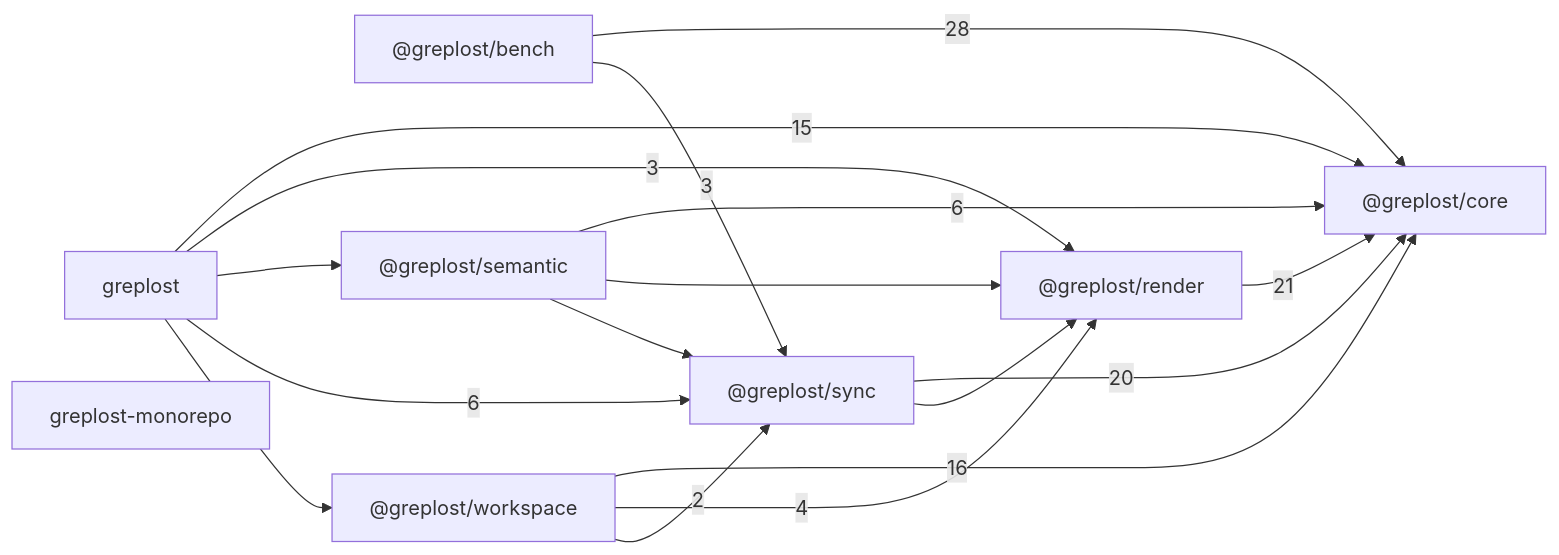
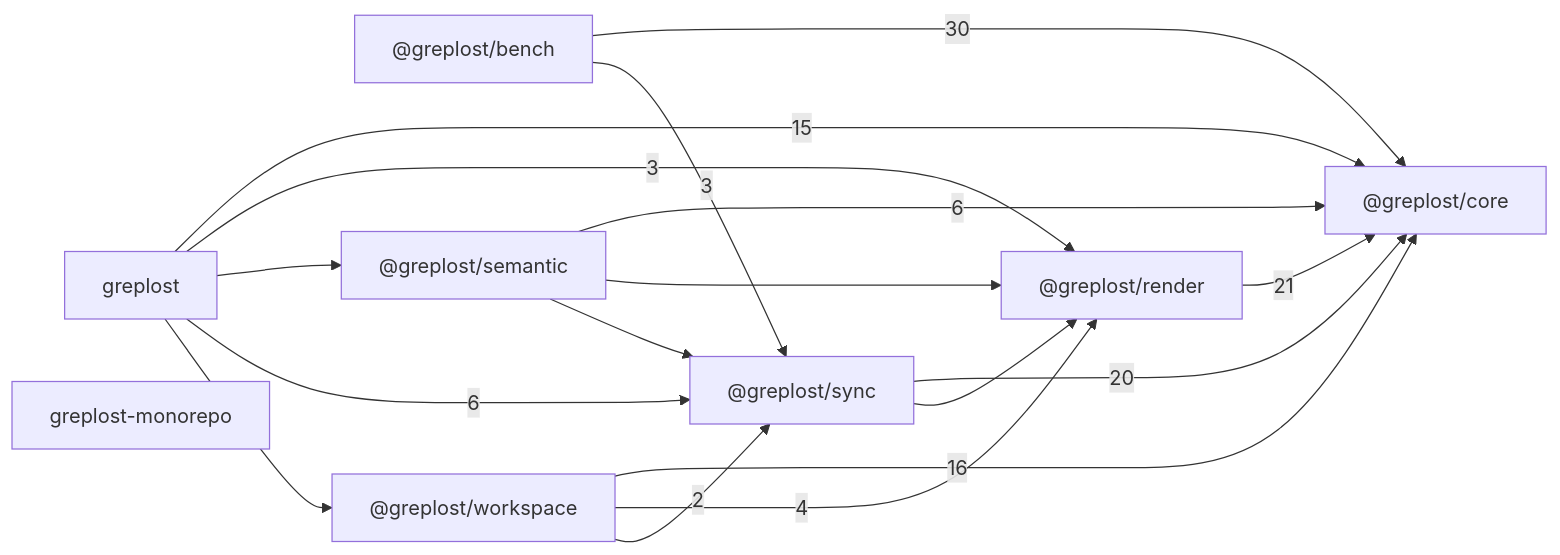
Before and after one commit to sns45/greplost: the diagram in .greplost/repo/MAP.md, drawn with Mermaid. The commit also changed other lines of this file and 27 other files, not shown here.

````diff
--- a/.greplost/repo/MAP.md
+++ b/.greplost/repo/MAP.md
@@ -21,27 +21,27 @@
 ```mermaid
 graph LR
   _greplost_bench["@greplost/bench"]
   _greplost_core["@greplost/core"]
   _greplost_render["@greplost/render"]
   _greplost_semantic["@greplost/semantic"]
   _greplost_sync["@greplost/sync"]
   _greplost_workspace["@greplost/workspace"]
   greplost["greplost"]
   greplost_monorepo["greplost-monorepo"]
-  _greplost_bench -->|28| _greplost_core
+  _greplost_bench -->|30| _greplost_core
   _greplost_bench -->|3| _greplost_sync
   _greplost_render -->|21| _greplost_core
   _greplost_semantic -->|6| _greplost_core
   _greplost_semantic --> _greplost_render
   _greplost_semantic --> _greplost_sync
   _greplost_sync -->|20| _greplost_core
   _greplost_sync --> _greplost_render
   _greplost_workspace -->|16| _greplost_core
   _greplost_workspace -->|4| _greplost_render
   _greplost_workspace -->|2| _greplost_sync
   greplost -->|15| _greplost_core
   greplost -->|3| _greplost_render
   greplost --> _greplost_semantic
   greplost -->|6| _greplost_sync
   greplost --> _greplost_workspace
 ```
````
